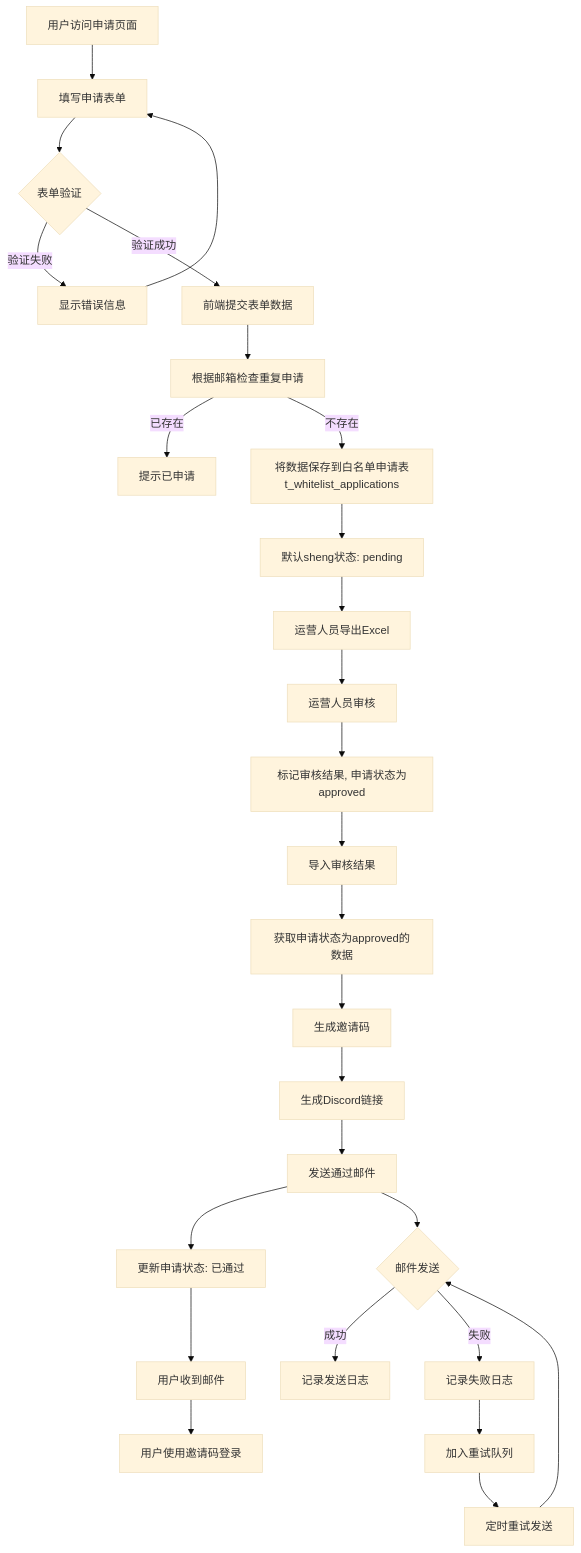
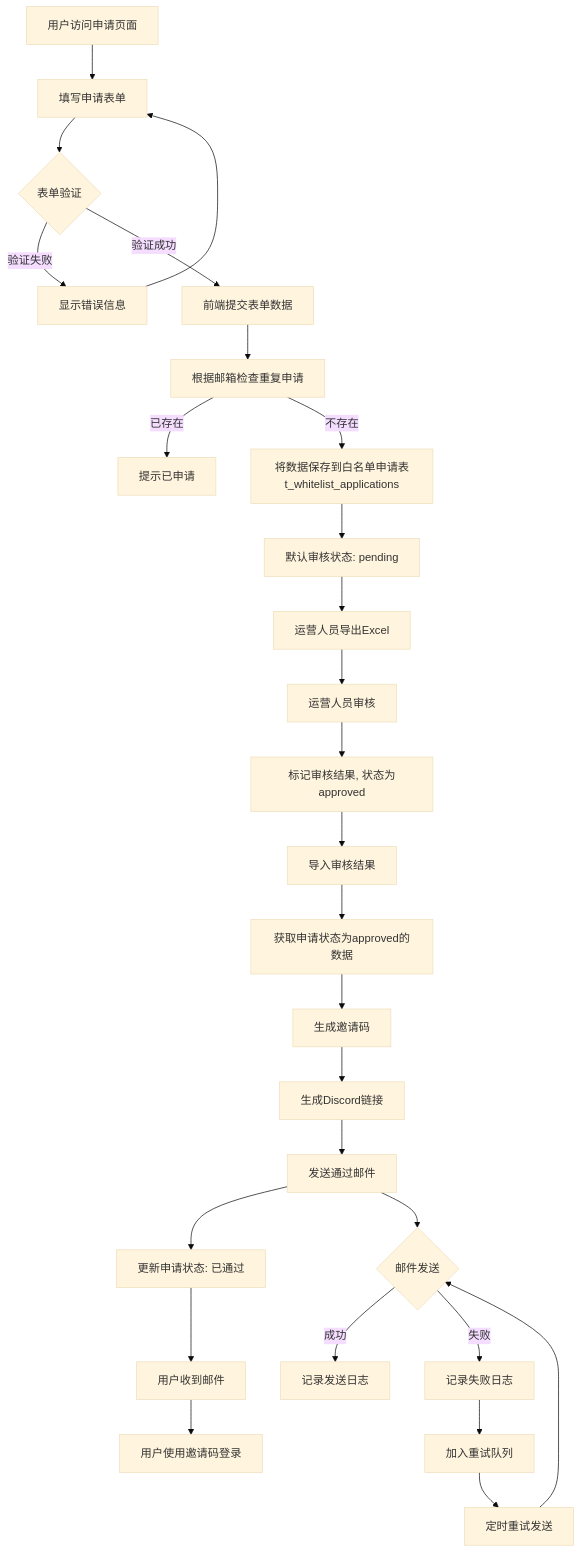
One commit to yingjianzh/iodraw-files changed the diagram in all/未命名-69.md. Above: the diagram before and after it, drawn with Mermaid (base theme).

Commit message:
2025-07-03 10:31:44 update

````diff
--- a/all/未命名-69.md
+++ b/all/未命名-69.md
@@ -1,32 +1,32 @@
 ```mermaid
 flowchart TD
     A[用户访问申请页面] --> B[填写申请表单]
     B --> C{表单验证}
     C -->|验证失败| D[显示错误信息]
     D --> B
     C -->|验证成功| E[前端提交表单数据]
     E -->E1[根据邮箱检查重复申请]
     E1 -->|已存在| F[提示已申请]
     E1 -->|不存在| G[将数据保存到白名单申请表t_whitelist_applications]
-    G --> H[默认sheng状态: pending]
+    G --> H[默认审核状态: pending]
     
     H --> I[运营人员导出Excel]
     I --> J[运营人员审核]
-    J --> K[标记审核结果, 申请状态为approved]
+    J --> K[标记审核结果, 状态为approved]
     K --> L[导入审核结果]
     L --> M[获取申请状态为approved的数据]
     M --> N[生成邀请码]
     N --> O[生成Discord链接]
     O --> P[发送通过邮件]
     P --> Q[更新申请状态: 已通过]
     
     P --> T{邮件发送}
     T -->|成功| U[记录发送日志]
     T -->|失败| V[记录失败日志]
     V --> W[加入重试队列]
     W --> X[定时重试发送]
     X --> T
     
     Q --> Y[用户收到邮件]
     Y --> Z[用户使用邀请码登录]
 ```
````
